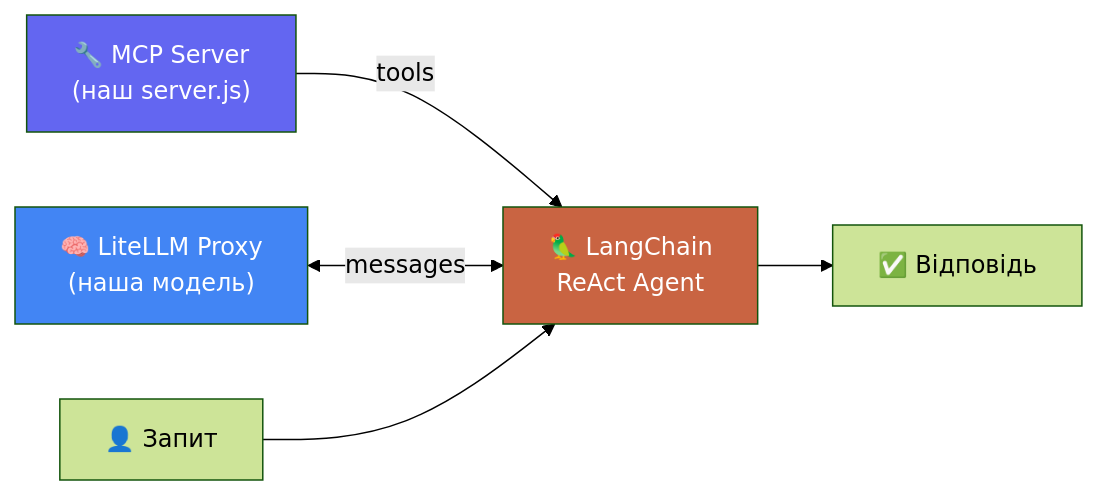
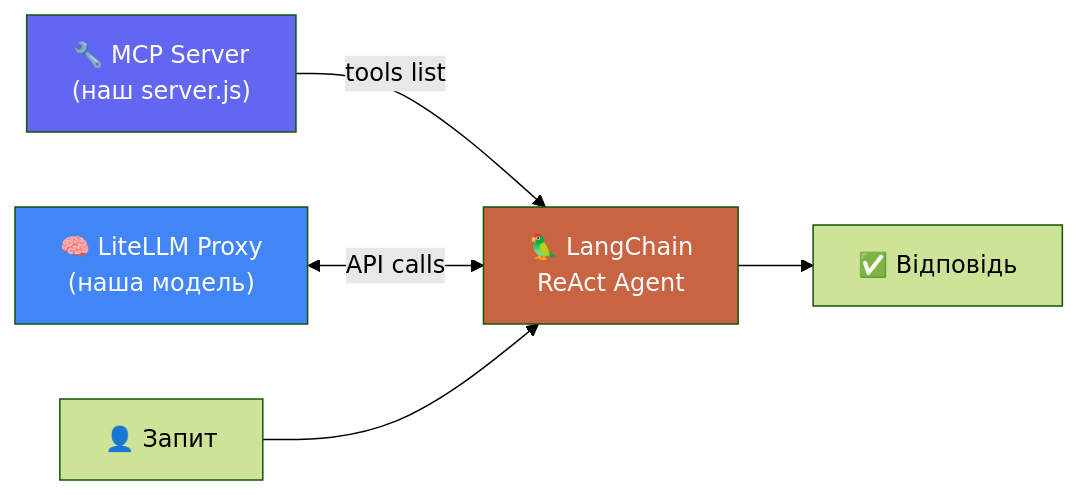
One commit to dimabendera/mcp-workshop changed the second of 2 diagrams in slidev/pages/05-agentic-loop-theory.md. Above: the diagram before and after it, drawn with Mermaid (forest theme). The commit also changed other lines of this file and 38 other files, not shown here.

````diff
--- a/slidev/pages/05-agentic-loop-theory.md
+++ b/slidev/pages/05-agentic-loop-theory.md
@@ -78,10 +106,10 @@
 ```mermaid
 flowchart LR
-    MCP["🔧 MCP Server\n(наш server.js)"] -->|tools| LC["🦜 LangChain\nReAct Agent"]
-    LLM["🧠 LiteLLM Proxy\n(наша модель)"] <-->|messages| LC
+    MCP["🔧 MCP Server\n(наш server.js)"] -->|tools list| LC["🦜 LangChain\nReAct Agent"]
+    LLM["🧠 LiteLLM Proxy\n(наша модель)"] <-->|API calls| LC
     User["👤 Запит"] --> LC --> Answer["✅ Відповідь"]
 
     style MCP fill:#6366f1,color:#fff
     style LC fill:#c96442,color:#fff
     style LLM fill:#4285f4,color:#fff
 ```
````
